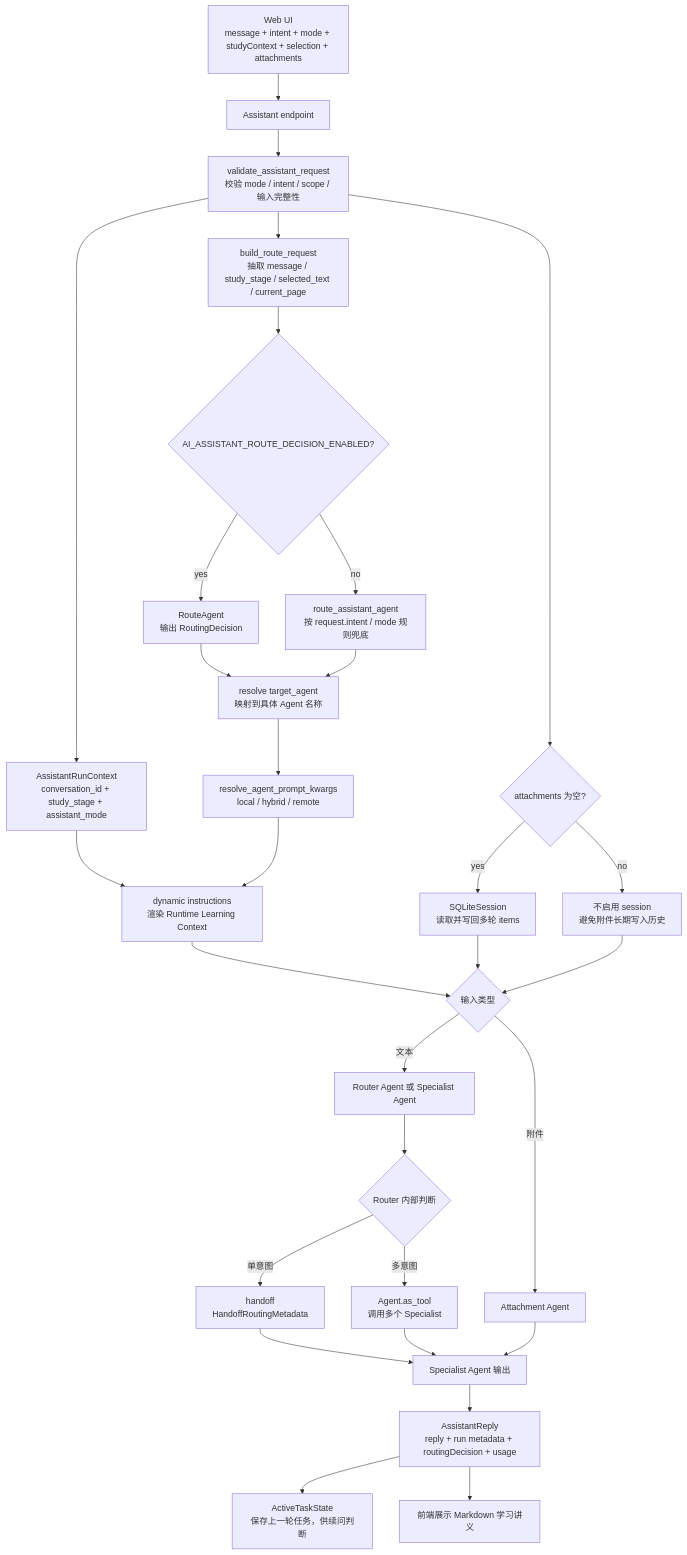
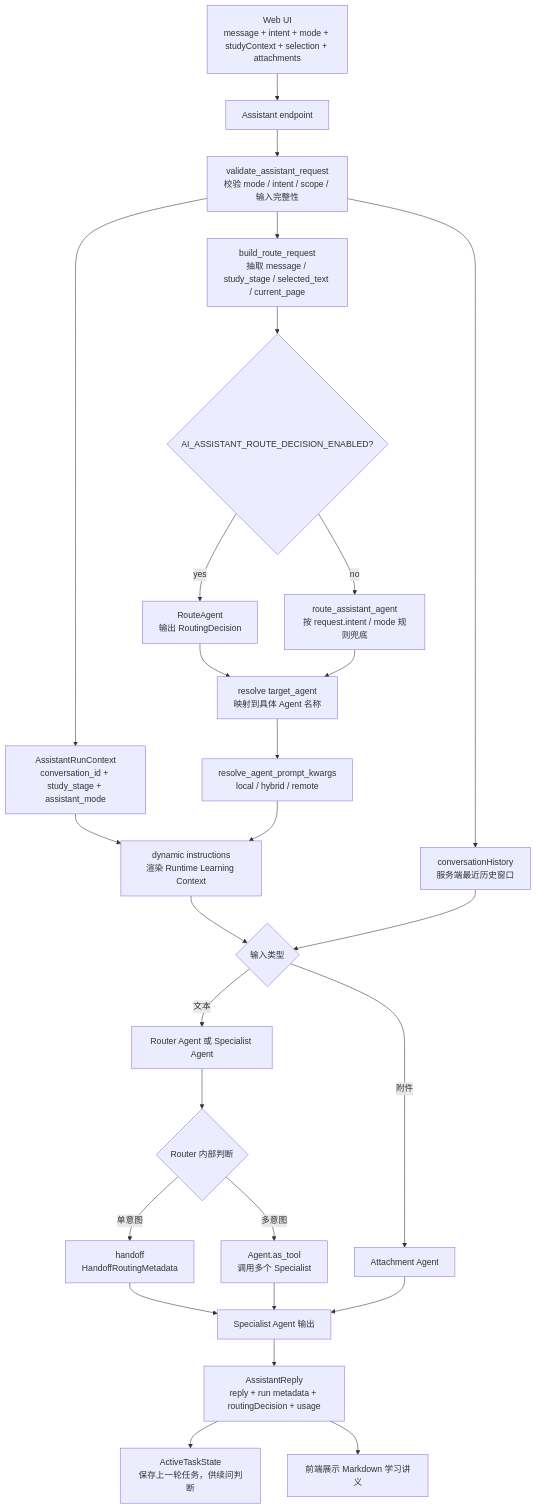
The second of 4 diagrams in docs/agent/学习助手Agent编排架构.md (LiMing0016/personalenglishai), drawn with Mermaid before and after one commit. The commit also changed other lines of this file and 72 other files, not shown here.

````diff
--- a/docs/agent/学习助手Agent编排架构.md
+++ b/docs/agent/学习助手Agent编排架构.md
@@ -405,39 +405,36 @@
 ```mermaid
 flowchart TD
   UI["Web UI<br/>message + intent + mode + studyContext + selection + attachments"] --> API["Assistant endpoint"]
   API --> VALIDATE["validate_assistant_request<br/>校验 mode / intent / scope / 输入完整性"]
 
   VALIDATE --> ADAPTER["build_route_request<br/>抽取 message / study_stage / selected_text / current_page"]
   ADAPTER --> ROUTE{"AI_ASSISTANT_ROUTE_DECISION_ENABLED?"}
   ROUTE -->|yes| ROUTE_AGENT["RouteAgent<br/>输出 RoutingDecision"]
   ROUTE -->|no| FALLBACK["route_assistant_agent<br/>按 request.intent / mode 规则兜底"]
 
   ROUTE_AGENT --> TARGET["resolve target_agent<br/>映射到具体 Agent 名称"]
   FALLBACK --> TARGET
 
   VALIDATE --> RUN_CTX["AssistantRunContext<br/>conversation_id + study_stage + assistant_mode"]
   TARGET --> PROMPT["resolve_agent_prompt_kwargs<br/>local / hybrid / remote"]
   RUN_CTX --> DYNAMIC["dynamic instructions<br/>渲染 Runtime Learning Context"]
   PROMPT --> DYNAMIC
 
-  VALIDATE --> SESSION{"attachments 为空?"}
-  SESSION -->|yes| SDK_SESSION["SQLiteSession<br/>读取并写回多轮 items"]
-  SESSION -->|no| NO_SESSION["不启用 session<br/>避免附件长期写入历史"]
+  VALIDATE --> HISTORY["conversationHistory<br/>服务端最近历史窗口"]
 
   DYNAMIC --> INPUT{"输入类型"}
-  SDK_SESSION --> INPUT
-  NO_SESSION --> INPUT
+  HISTORY --> INPUT
   INPUT -->|文本| TARGET_AGENT["Router Agent 或 Specialist Agent"]
   INPUT -->|附件| ATTACHMENT["Attachment Agent"]
 
   TARGET_AGENT --> SPECIALIST{"Router 内部判断"}
   SPECIALIST -->|单意图| HANDOFF["handoff<br/>HandoffRoutingMetadata"]
   SPECIALIST -->|多意图| TOOLS["Agent.as_tool<br/>调用多个 Specialist"]
   HANDOFF --> FINAL_AGENT["Specialist Agent 输出"]
   TOOLS --> FINAL_AGENT
   ATTACHMENT --> FINAL_AGENT
 
   FINAL_AGENT --> RESPONSE["AssistantReply<br/>reply + run metadata + routingDecision + usage"]
   RESPONSE --> ACTIVE["ActiveTaskState<br/>保存上一轮任务，供续问判断"]
   RESPONSE --> FRONTEND["前端展示 Markdown 学习讲义"]
 ```
````
